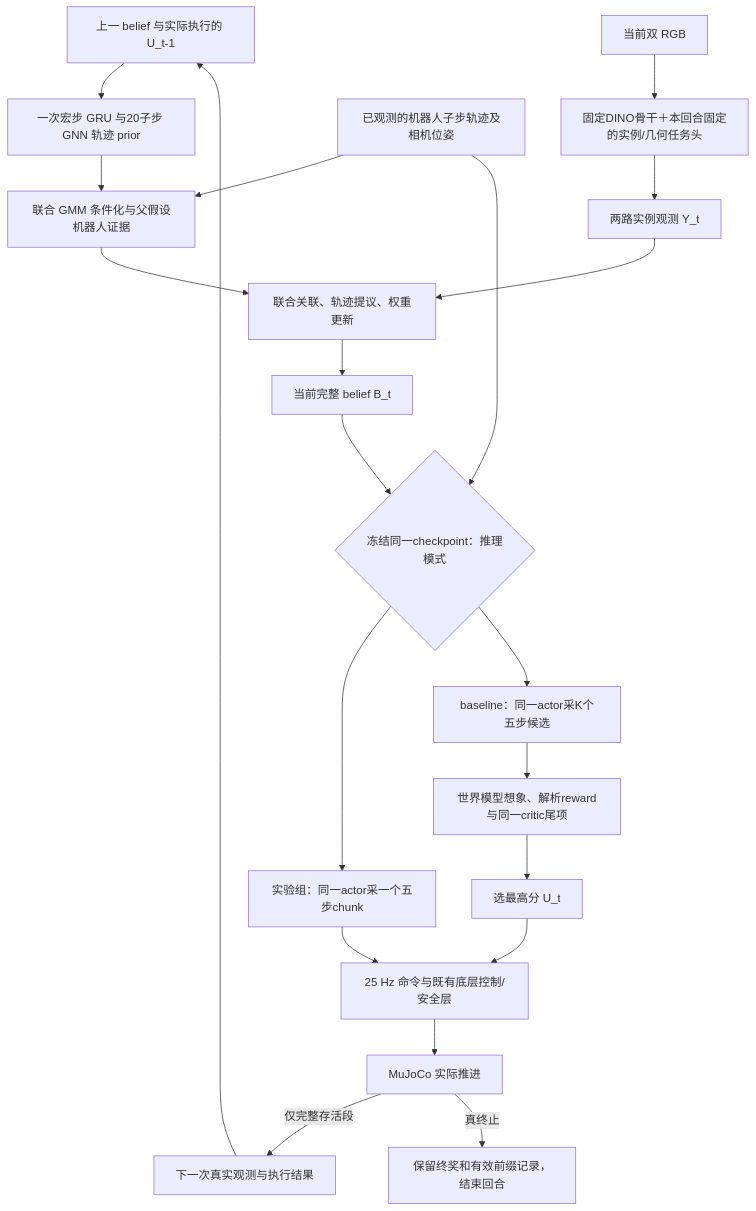
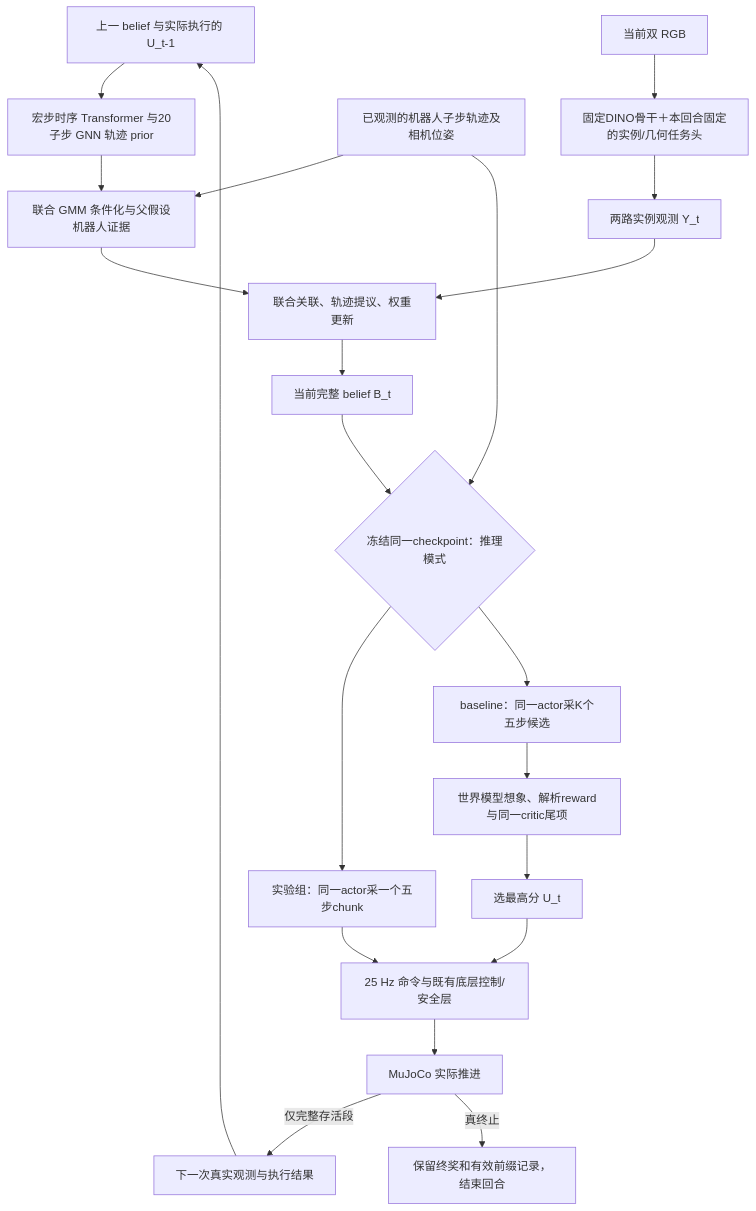
One commit to luke711-xyy/act-ur10-sweep-sim changed the second of 4 diagrams in docs/research/world-model-dataflow-and-paper-audit.md. Above: the diagram before and after it, drawn with Mermaid. The commit also changed other lines of this file and 4 other files, not shown here.

````diff
--- a/docs/research/world-model-dataflow-and-paper-audit.md
+++ b/docs/research/world-model-dataflow-and-paper-audit.md
@@ -113,23 +115,23 @@
 ```mermaid
 flowchart TD
-    OLD[上一 belief 与实际执行的 U_t-1] --> PR[一次宏步 GRU 与20子步 GNN 轨迹 prior]
+    OLD[上一 belief 与实际执行的 U_t-1] --> PR[宏步时序 Transformer 与20子步 GNN 轨迹 prior]
     RGB[当前双 RGB] --> FRONT[固定DINO骨干＋本回合固定的实例/几何任务头]
     FRONT --> Y[两路实例观测 Y_t]
     P[已观测的机器人子步轨迹及相机位姿] --> RC[联合 GMM 条件化与父假设机器人证据]
     PR --> RC
     RC --> FILTER[联合关联、轨迹提议、权重更新]
     Y --> FILTER
     FILTER --> B[当前完整 belief B_t]
     B --> MODE{冻结同一checkpoint：推理模式}
     P --> MODE
     MODE --> DIRECT[实验组：同一actor采一个五步chunk]
     MODE --> ACT[baseline：同一actor采K个五步候选]
     ACT --> SCORE[世界模型想象、解析reward与同一critic尾项]
     SCORE --> SEL[选最高分 U_t]
     DIRECT --> CTRL[25 Hz 命令与既有底层控制/安全层]
     SEL --> CTRL
     CTRL --> ENV[MuJoCo 实际推进]
     ENV -->|仅完整存活段| NEXT[下一次真实观测与执行结果]
     ENV -->|真终止| END[保留终奖和有效前缀记录，结束回合]
     NEXT --> OLD
 ```
````
